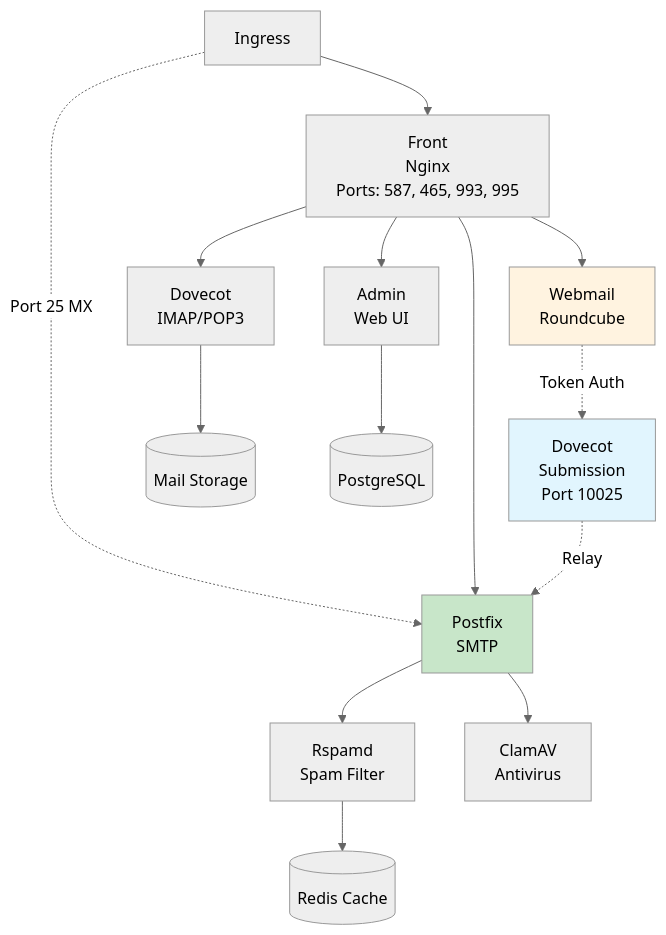
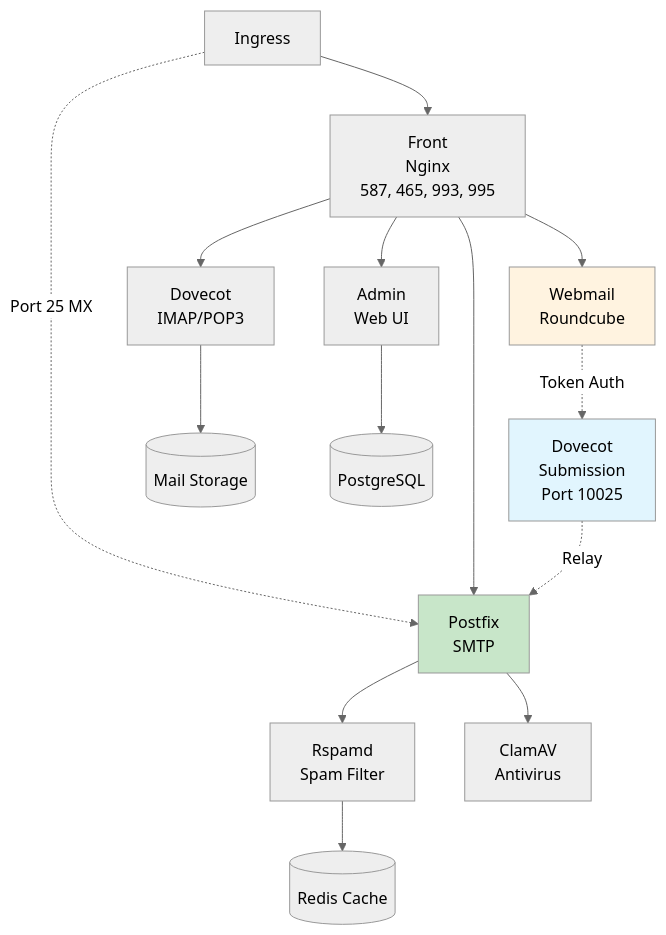
The diagram in documentation/sources/explanation/architecture.md (bluedynamics/cdk8s-mailu), drawn with Mermaid (neutral theme) before and after one commit.

Commit message:
docs: remove colon from Front/Nginx mermaid label (likely parsing issue)

````diff
--- a/documentation/sources/explanation/architecture.md
+++ b/documentation/sources/explanation/architecture.md
@@ -13,22 +13,22 @@
 ```mermaid
 graph TB
-    Ingress[Ingress] --> FrontNginx["Front<br/>Nginx<br/>Ports: 587, 465, 993, 995"]
+    Ingress[Ingress] --> FrontNginx["Front<br/>Nginx<br/>587, 465, 993, 995"]
     Ingress -.Port 25 MX.-> Postfix[Postfix<br/>SMTP]
     FrontNginx --> Postfix
     FrontNginx --> Dovecot[Dovecot<br/>IMAP/POP3]
     FrontNginx --> Admin[Admin<br/>Web UI]
     FrontNginx --> Webmail[Webmail<br/>Roundcube]
 
     Webmail -.Token Auth.-> DovecotSub[Dovecot<br/>Submission<br/>Port 10025]
     DovecotSub -.Relay.-> Postfix
 
     Postfix --> Rspamd[Rspamd<br/>Spam Filter]
     Postfix --> ClamAV[ClamAV<br/>Antivirus]
     Dovecot --> Data[(Mail Storage)]
     Admin --> Database[(PostgreSQL)]
     Rspamd --> Redis[(Redis Cache)]
 
     style DovecotSub fill:#e1f5fe
     style Webmail fill:#fff3e0
     style Postfix fill:#c8e6c9
 ```
````
